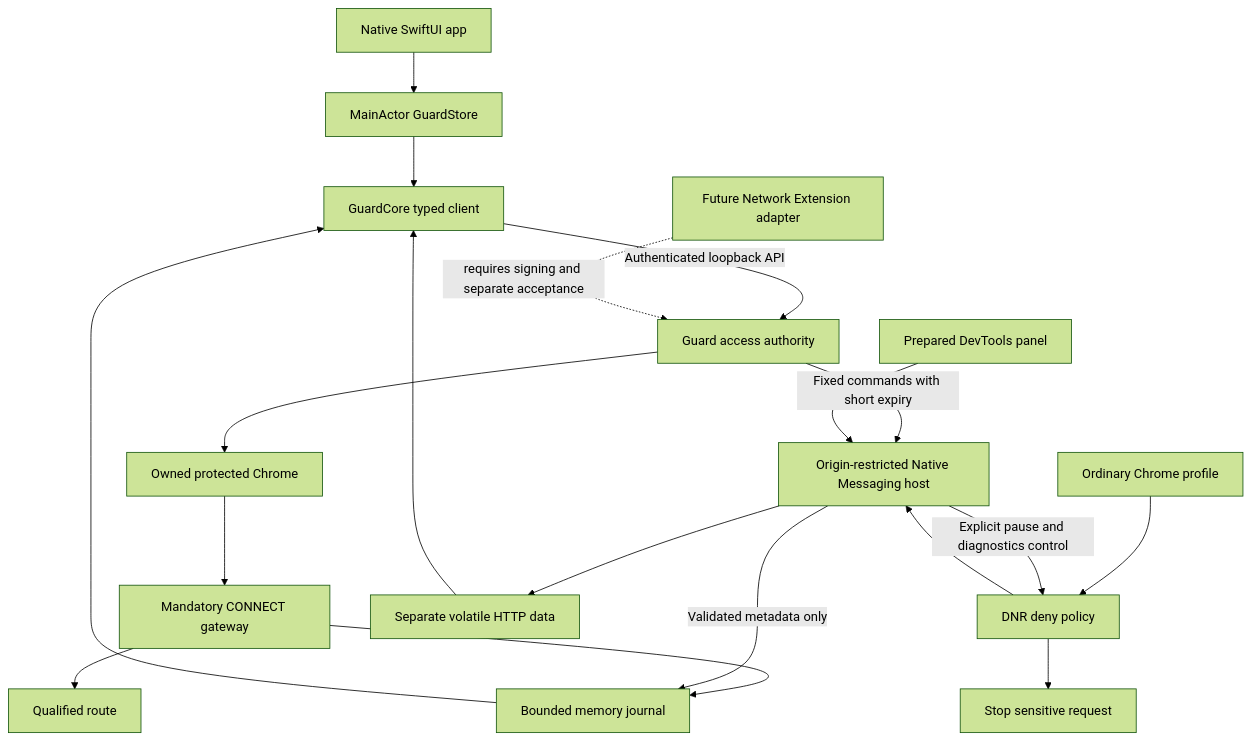
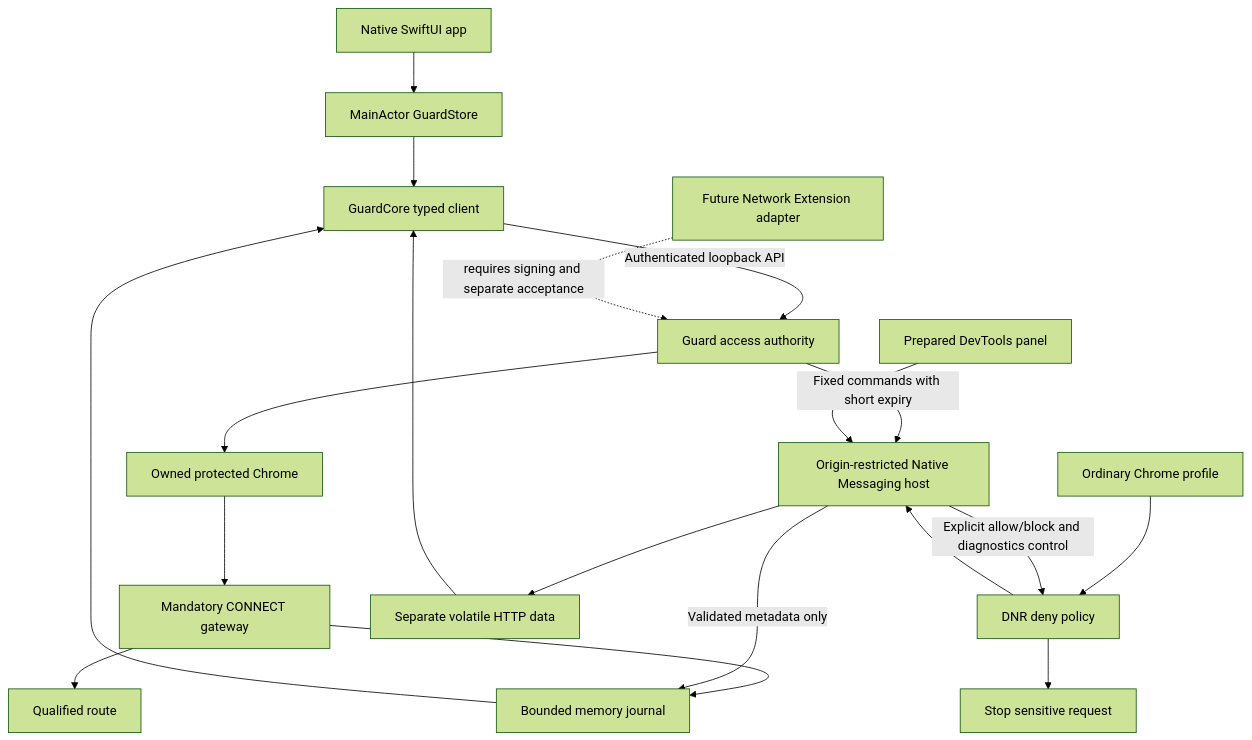
Before and after one commit to eiler2005/ghostroute: the first of 2 diagrams in modules/mac-privacy-guard/docs/native-architecture.md, drawn with Mermaid (forest theme). The commit also changed other lines of this file and 27 other files, not shown here.

````diff
--- a/modules/mac-privacy-guard/docs/native-architecture.md
+++ b/modules/mac-privacy-guard/docs/native-architecture.md
@@ -50,21 +50,21 @@
 ```mermaid
 flowchart TB
     ui[Native SwiftUI app] --> store[MainActor GuardStore]
     store --> client[GuardCore typed client]
     client -->|Authenticated loopback API| engine[Guard access authority]
     engine --> browser[Owned protected Chrome]
     browser --> gate[Mandatory CONNECT gateway]
     gate --> qualified[Qualified route]
     gate --> journal[Bounded memory journal]
     ordinary[Ordinary Chrome profile] --> policy[DNR deny policy]
     policy --> deny[Stop sensitive request]
     policy --> bridge[Origin-restricted Native Messaging host]
     bridge -->|Validated metadata only| journal
     engine -->|Fixed commands with short expiry| bridge
-    bridge -->|Explicit pause and diagnostics control| policy
+    bridge -->|Explicit allow/block and diagnostics control| policy
     devtools[Prepared DevTools panel] --> bridge
     bridge --> preview[Separate volatile HTTP data]
     preview --> client
     journal --> client
     future[Future Network Extension adapter] -. requires signing and separate acceptance .-> engine
 ```
````
